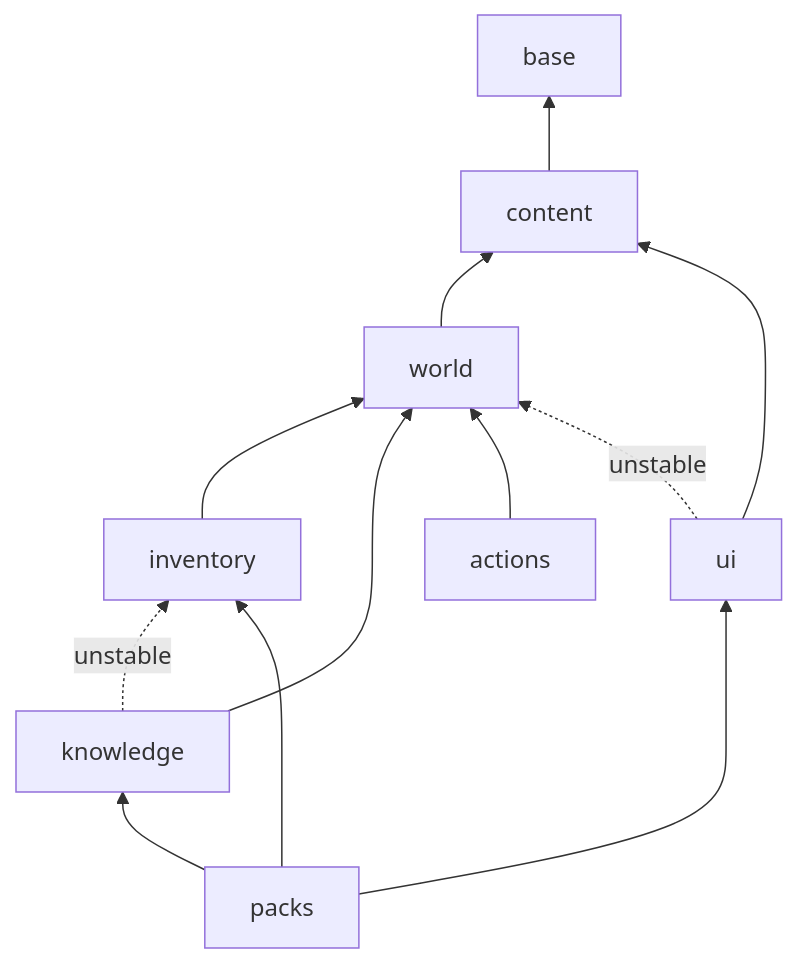
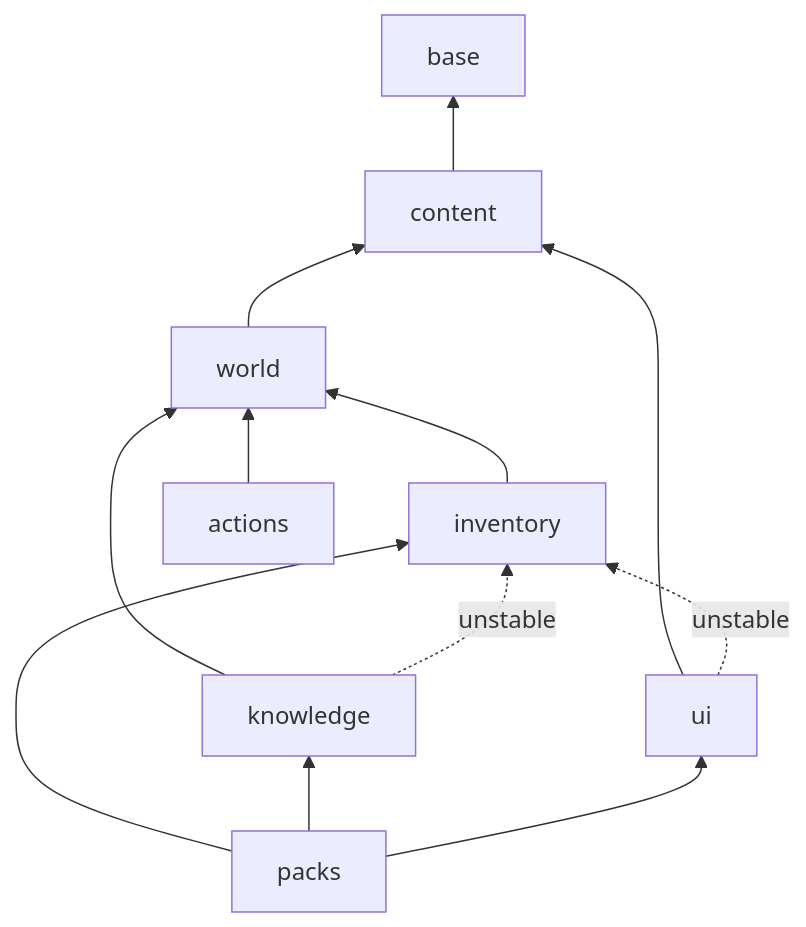
Before and after one commit to enshwick/enshwick: the diagram in ARCHITECTURE.md, drawn with Mermaid. The commit also changed 75 other files, not shown here.

````diff
--- a/ARCHITECTURE.md
+++ b/ARCHITECTURE.md
@@ -163,14 +163,14 @@
 ```mermaid
 graph BT
     content --> base
     world --> content
     ui --> content
     inventory --> world
     knowledge --> world
     actions --> world
     knowledge -. unstable .-> inventory
-    ui -. unstable .-> world
+    ui -. unstable .-> inventory
     packs --> inventory
     packs --> knowledge
     packs --> ui
 ```
````
